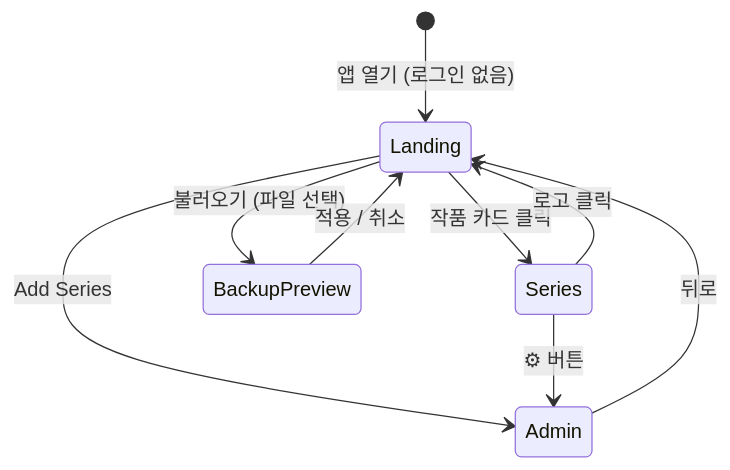
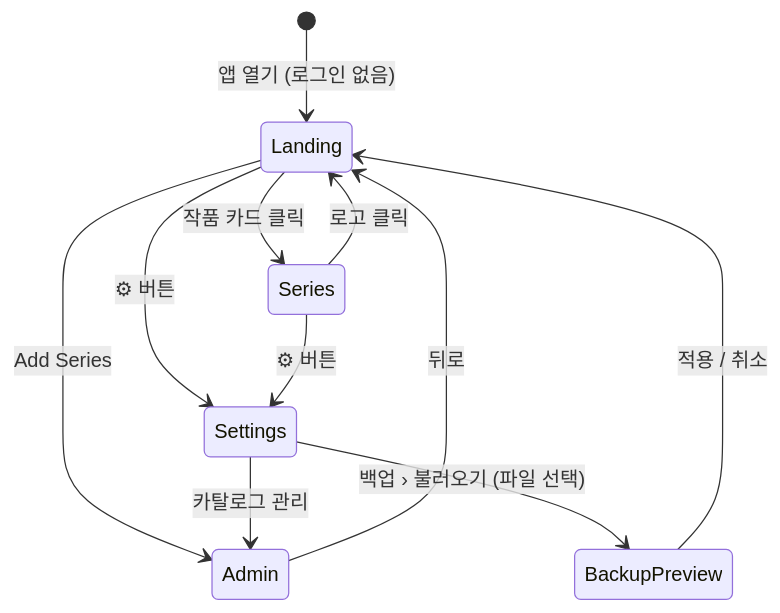
Before and after one commit to KINGJNU-sakayume/AniMan: the third of 3 diagrams in README.md, drawn with Mermaid. The commit also changed other lines of this file and 31 other files, not shown here.

````diff
--- a/README.md
+++ b/README.md
@@ -123,11 +124,13 @@
 ```mermaid
 stateDiagram-v2
     [*] --> Landing : 앱 열기 (로그인 없음)
     Landing --> Series : 작품 카드 클릭
     Series --> Landing : 로고 클릭
     Landing --> Admin : Add Series
-    Series --> Admin : ⚙ 버튼
+    Landing --> Settings : ⚙ 버튼
+    Series --> Settings : ⚙ 버튼
+    Settings --> Admin : 카탈로그 관리
     Admin --> Landing : 뒤로
-    Landing --> BackupPreview : 불러오기 (파일 선택)
+    Settings --> BackupPreview : 백업 › 불러오기 (파일 선택)
     BackupPreview --> Landing : 적용 / 취소
 ```
````
